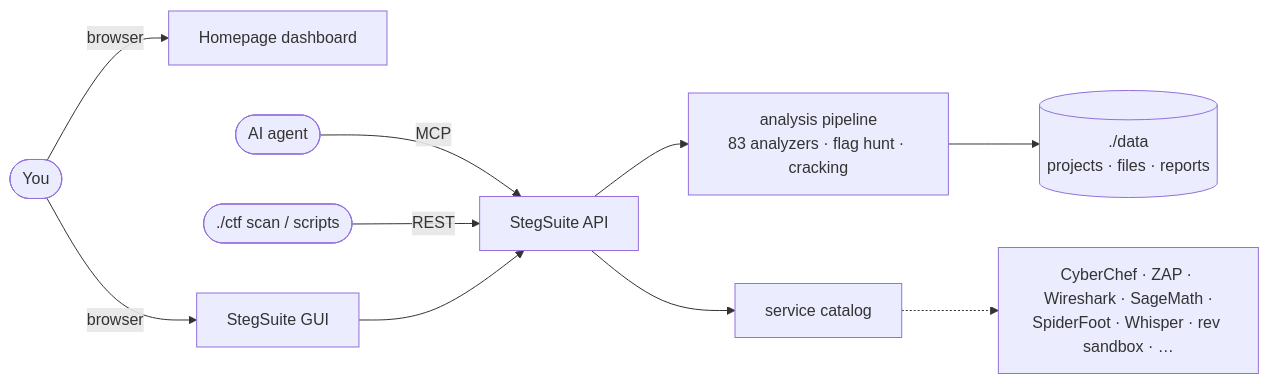
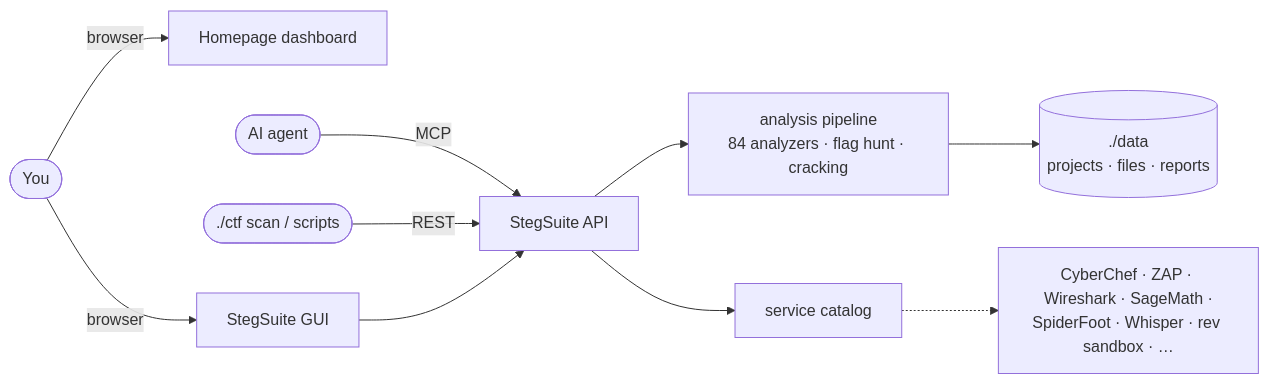
One commit to dexRand/ctf-docker changed the diagram in README.md. Above: the diagram before and after it, drawn with Mermaid. The commit also changed other lines of this file and 5 other files, not shown here.

````diff
--- a/README.md
+++ b/README.md
@@ -87,12 +87,12 @@
 ```mermaid
 flowchart LR
   you([You]) -->|browser| dash[Homepage dashboard]
   you -->|browser| ss[StegSuite GUI]
   agent([AI agent]) -->|MCP| api
   cli([./ctf scan / scripts]) -->|REST| api
   ss --> api[StegSuite API]
-  api --> pipe[analysis pipeline<br/>83 analyzers · flag hunt · cracking]
+  api --> pipe[analysis pipeline<br/>84 analyzers · flag hunt · cracking]
   pipe --> data[(./data<br/>projects · files · reports)]
   api --> svc[service catalog]
   svc -.-> tools[CyberChef · ZAP · Wireshark · SageMath ·<br/>SpiderFoot · Whisper · rev sandbox · …]
 ```
````
